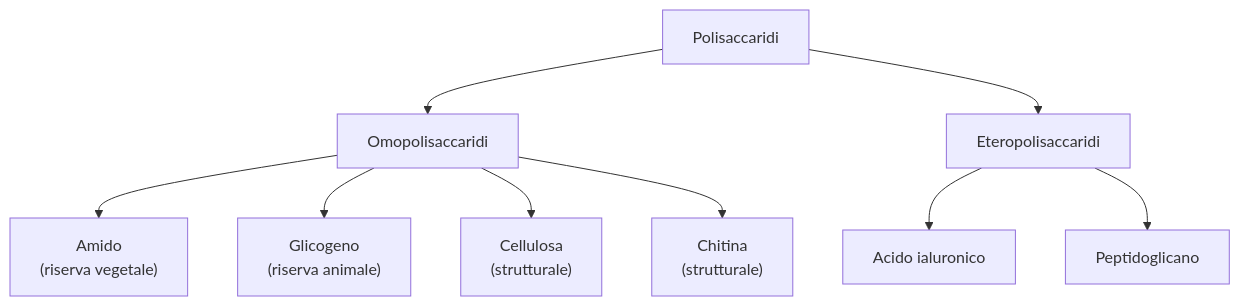
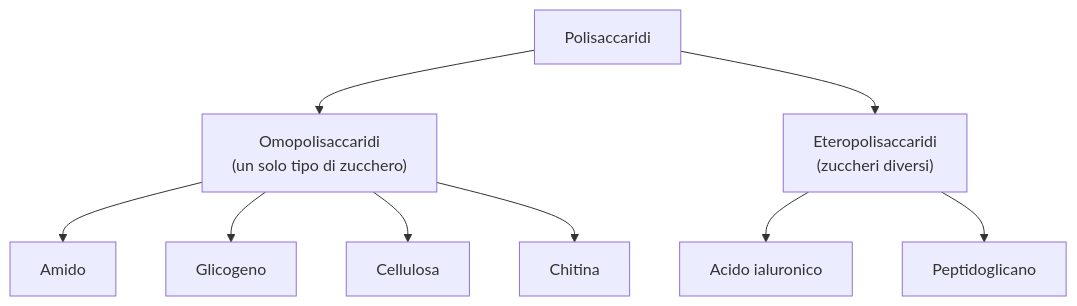
The second of 4 diagrams in docs/scienze/biochimica/biomolecole.md (nadiadba/nadia-secondbrain), drawn with Mermaid before and after one commit. The commit also changed other lines of this file, not shown here.

````diff
--- a/docs/scienze/biochimica/biomolecole.md
+++ b/docs/scienze/biochimica/biomolecole.md
@@ -158,11 +166,11 @@
 ```mermaid
 flowchart TD
-    A["Polisaccaridi"] --> B["Omopolisaccaridi"]
-    A --> C["Eteropolisaccaridi"]
-    B --> B1["Amido<br>(riserva vegetale)"]
-    B --> B2["Glicogeno<br>(riserva animale)"]
-    B --> B3["Cellulosa<br>(strutturale)"]
-    B --> B4["Chitina<br>(strutturale)"]
+    A["Polisaccaridi"] --> B["Omopolisaccaridi<br>(un solo tipo di zucchero)"]
+    A --> C["Eteropolisaccaridi<br>(zuccheri diversi)"]
+    B --> B1["Amido"]
+    B --> B2["Glicogeno"]
+    B --> B3["Cellulosa"]
+    B --> B4["Chitina"]
     C --> C1["Acido ialuronico"]
     C --> C2["Peptidoglicano"]
 ```
````
